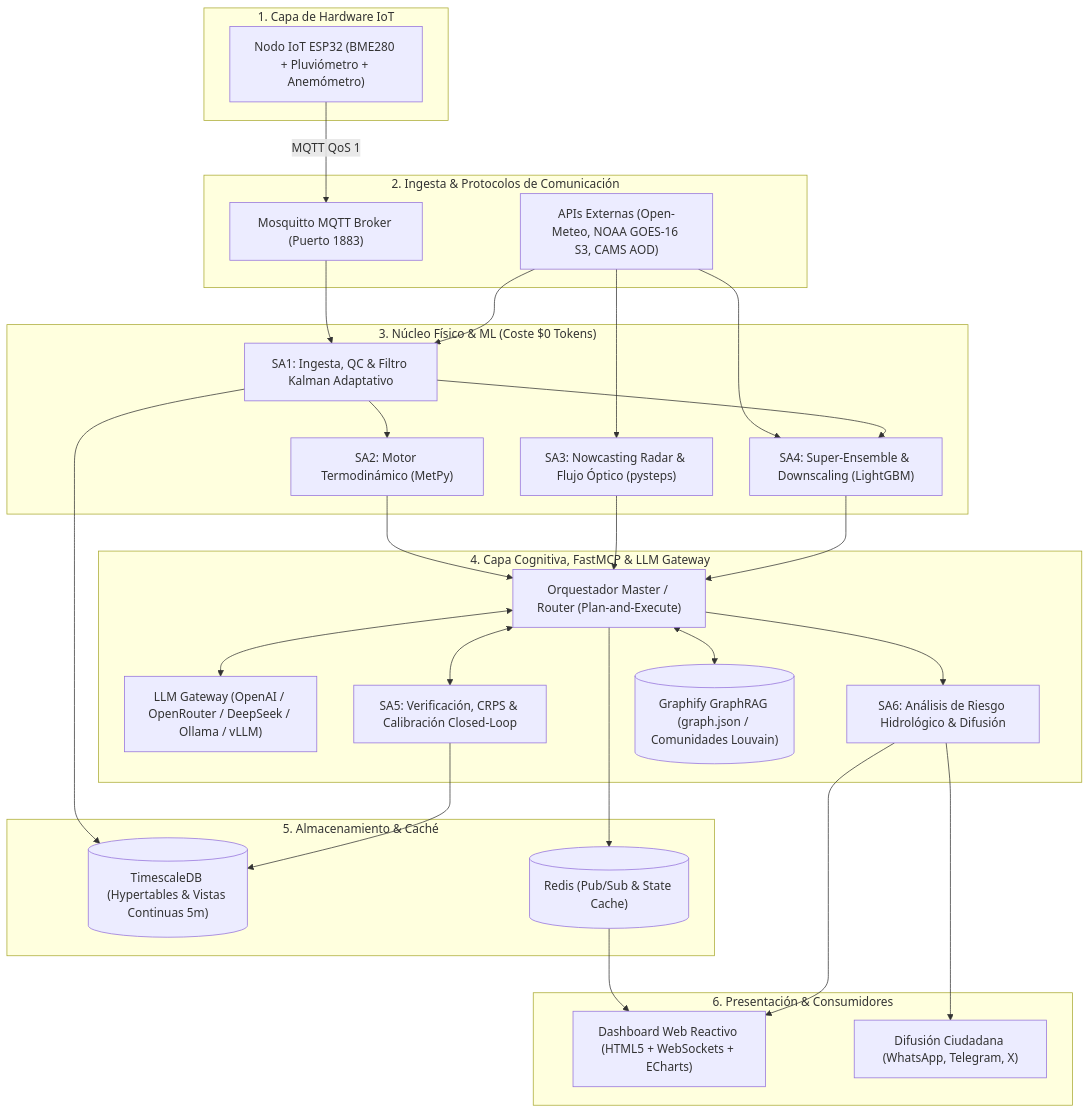
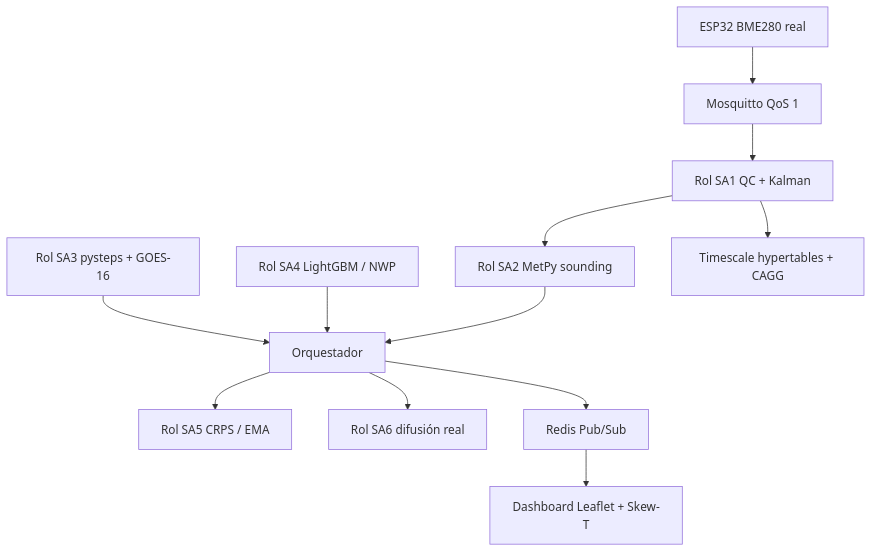
Before and after one commit to ivekmartinez7/estacionmeteorologica: the second of 2 diagrams in SDD.md, drawn with Mermaid. The commit also changed other lines of this file and 4 other files, not shown here.

````diff
--- a/SDD.md
+++ b/SDD.md
@@ -56,60 +135,24 @@
 ```mermaid
 flowchart TD
-    subgraph HARDWARE["1. Capa de Hardware IoT"]
-        ESP["Nodo IoT ESP32 (BME280 + Pluviómetro + Anemómetro)"]
-    end
+    ESP2["ESP32 BME280 real"]
+    MQTT2["Mosquitto QoS 1"]
+    SA1["Rol SA1 QC + Kalman"]
+    SA2["Rol SA2 MetPy sounding"]
+    SA3["Rol SA3 pysteps + GOES-16"]
+    SA4["Rol SA4 LightGBM / NWP"]
+    SA5["Rol SA5 CRPS / EMA"]
+    SA6["Rol SA6 difusión real"]
+    ORQ2["Orquestador"]
+    TSDB2["Timescale hypertables + CAGG"]
+    REDIS2["Redis Pub/Sub"]
+    UI2["Dashboard Leaflet + Skew-T"]
 
-    subgraph INGESTA["2. Ingesta & Protocolos de Comunicación"]
-        MQTT_BROKER["Mosquitto MQTT Broker (Puerto 1883)"]
-        APIS_EXT["APIs Externas (Open-Meteo, NOAA GOES-16 S3, CAMS AOD)"]
-    end
-
-    subgraph PROCESAMIENTO["3. Núcleo Físico & ML (Coste $0 Tokens)"]
-        SA1["SA1: Ingesta, QC & Filtro Kalman Adaptativo"]
-        SA2["SA2: Motor Termodinámico (MetPy)"]
-        SA3["SA3: Nowcasting Radar & Flujo Óptico (pysteps)"]
-        SA4["SA4: Super-Ensemble & Downscaling (LightGBM)"]
-    end
-
-    subgraph COGNITIVO["4. Capa Cognitiva, FastMCP & LLM Gateway"]
-        ORQ["Orquestador Master / Router (Plan-and-Execute)"]
-        LLM_GW["LLM Gateway (OpenAI / OpenRouter / DeepSeek / Ollama / vLLM)"]
-        SA5["SA5: Verificación, CRPS & Calibración Closed-Loop"]
-        SA6["SA6: Análisis de Riesgo Hidrológico & Difusión"]
-        KG[("Graphify GraphRAG (graph.json / Comunidades Louvain)")]
-    end
-
-    subgraph PERSISTENCIA["5. Almacenamiento & Caché"]
-        TSDB[("TimescaleDB (Hypertables & Vistas Continuas 5m)")]
-        REDIS[("Redis (Pub/Sub & State Cache)")]
-    end
-
-    subgraph PRESENTACION["6. Presentación & Consumidores"]
-        DASH["Dashboard Web Reactivo (HTML5 + WebSockets + ECharts)"]
-        ALERT_CHANNELS["Difusión Ciudadana (WhatsApp, Telegram, X)"]
-    end
-
-    ESP -->|MQTT QoS 1| MQTT_BROKER
-    MQTT_BROKER --> SA1
-    APIS_EXT --> SA1
-    APIS_EXT --> SA3
-    APIS_EXT --> SA4
-
-    SA1 --> SA2
-    SA1 --> SA4
-    SA2 --> ORQ
-    SA3 --> ORQ
-    SA4 --> ORQ
-
-    ORQ <--> LLM_GW
-    ORQ <--> KG
-    ORQ <--> SA5
-    ORQ --> SA6
-
-    SA1 --> TSDB
-    SA5 --> TSDB
-    ORQ --> REDIS
-    REDIS --> DASH
-    SA6 --> ALERT_CHANNELS
-    SA6 --> DASH
+    ESP2 --> MQTT2 --> SA1 --> SA2
+    SA3 --> ORQ2
+    SA4 --> ORQ2
+    SA2 --> ORQ2
+    ORQ2 --> SA5
+    ORQ2 --> SA6
+    SA1 --> TSDB2
+    ORQ2 --> REDIS2 --> UI2
 ```
````
